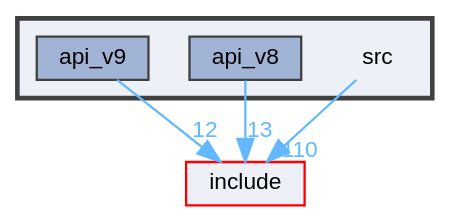
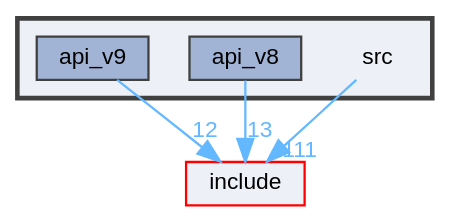
The diagram in reference/cpp/dir_68267d1309a1af8e8297ef4c3efbcdba_dep.dot (quarkslab/quokka), drawn with Graphviz before and after one commit. The commit also changed 89 other files, not shown here.

```diff
--- a/reference/cpp/dir_68267d1309a1af8e8297ef4c3efbcdba_dep.dot
+++ b/reference/cpp/dir_68267d1309a1af8e8297ef4c3efbcdba_dep.dot
@@ -1,18 +1,18 @@
 digraph "src"
 {
  // LATEX_PDF_SIZE
   bgcolor="transparent";
   edge [fontname=Helvetica,fontsize=10,labelfontname=Helvetica,labelfontsize=10];
   node [fontname=Helvetica,fontsize=10,shape=box,height=0.2,width=0.4];
   compound=true
   subgraph clusterdir_68267d1309a1af8e8297ef4c3efbcdba {
     graph [ bgcolor="#edf0f7", pencolor="grey25", label="", fontname=Helvetica,fontsize=10 style="filled,bold", URL="dir_68267d1309a1af8e8297ef4c3efbcdba.html",tooltip=""]
     dir_68267d1309a1af8e8297ef4c3efbcdba [shape=plaintext, label="src"];
   dir_a205d754d5a3acdf03e50dff1e23d723 [label="api_v8", fillcolor="#a2b4d6", color="grey25", style="filled", URL="dir_a205d754d5a3acdf03e50dff1e23d723.html",tooltip=""];
   dir_59a587ef1b0b35b7d16ab0cb926eb5ef [label="api_v9", fillcolor="#a2b4d6", color="grey25", style="filled", URL="dir_59a587ef1b0b35b7d16ab0cb926eb5ef.html",tooltip=""];
   }
   dir_d44c64559bbebec7f509842c48db8b23 [label="include", fillcolor="#edf0f7", color="red", style="filled", URL="dir_d44c64559bbebec7f509842c48db8b23.html",tooltip=""];
-  dir_68267d1309a1af8e8297ef4c3efbcdba->dir_d44c64559bbebec7f509842c48db8b23 [headlabel="110", labeldistance=1.5 headhref="dir_000006_000004.html" href="dir_000006_000004.html" color="steelblue1" fontcolor="steelblue1"];
+  dir_68267d1309a1af8e8297ef4c3efbcdba->dir_d44c64559bbebec7f509842c48db8b23 [headlabel="111", labeldistance=1.5 headhref="dir_000006_000004.html" href="dir_000006_000004.html" color="steelblue1" fontcolor="steelblue1"];
   dir_a205d754d5a3acdf03e50dff1e23d723->dir_d44c64559bbebec7f509842c48db8b23 [headlabel="13", labeldistance=1.5 headhref="dir_000001_000004.html" href="dir_000001_000004.html" color="steelblue1" fontcolor="steelblue1"];
   dir_59a587ef1b0b35b7d16ab0cb926eb5ef->dir_d44c64559bbebec7f509842c48db8b23 [headlabel="12", labeldistance=1.5 headhref="dir_000003_000004.html" href="dir_000003_000004.html" color="steelblue1" fontcolor="steelblue1"];
 }
```
